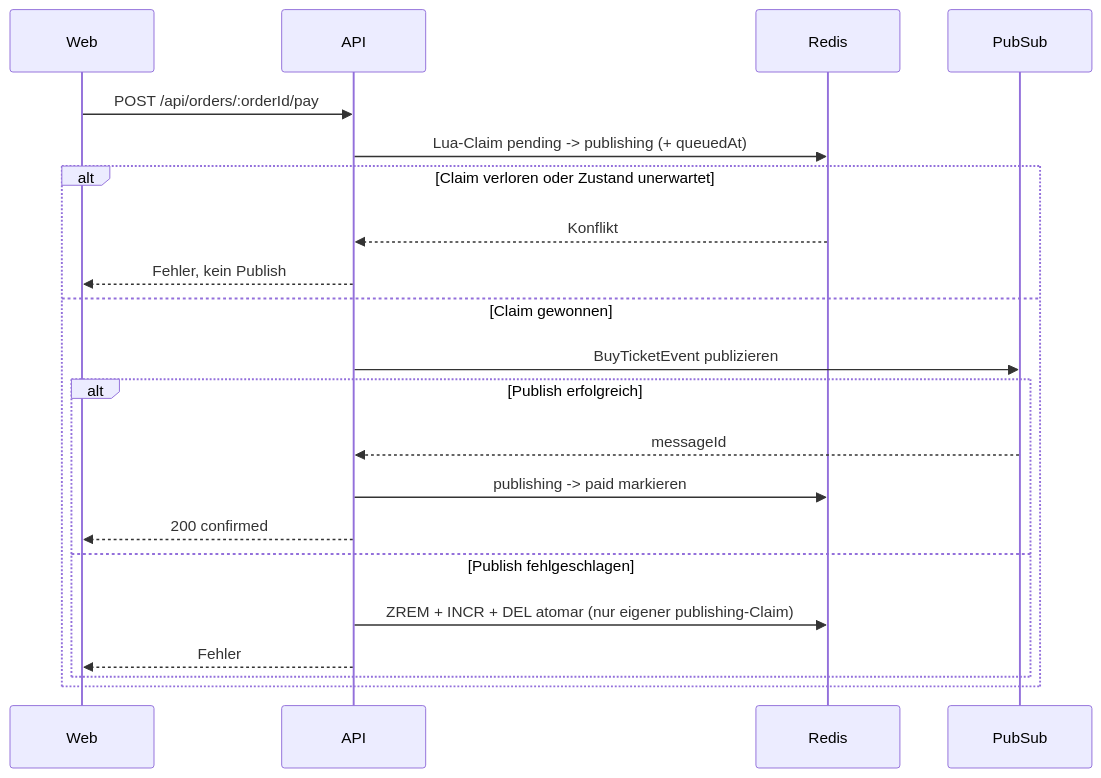
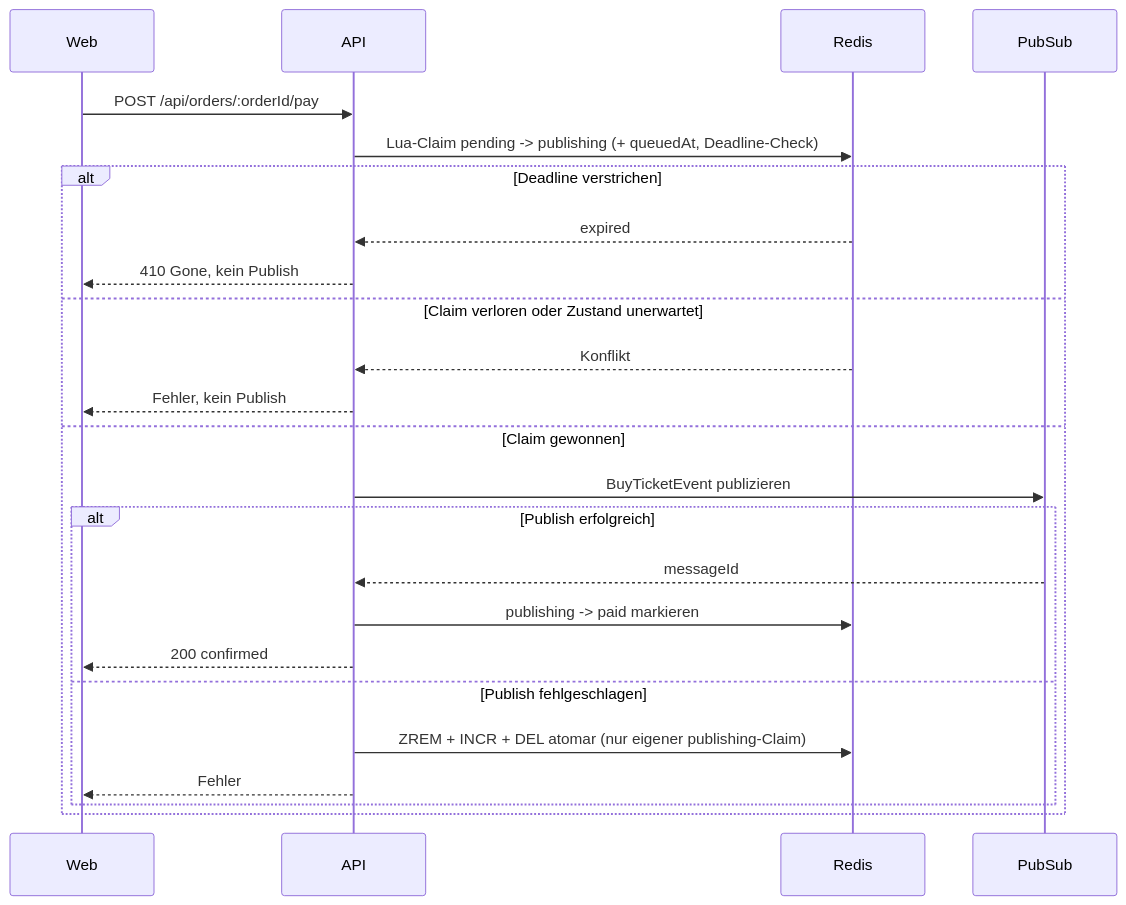
The fourth of 5 diagrams in docs/ARCHITECTURE.md (schuler-ph/high-frequency-ticket-system), drawn with Mermaid before and after one commit. The commit also changed other lines of this file and 20 other files, not shown here.

````diff
--- a/docs/ARCHITECTURE.md
+++ b/docs/ARCHITECTURE.md
@@ -146,24 +146,27 @@
 ```mermaid
 sequenceDiagram
     participant Web
     participant API
     participant Redis
     participant PubSub
 
     Web->>API: POST /api/orders/:orderId/pay
-    API->>Redis: Lua-Claim pending -> publishing (+ queuedAt)
-    alt Claim verloren oder Zustand unerwartet
+    API->>Redis: Lua-Claim pending -> publishing (+ queuedAt, Deadline-Check)
+    alt Deadline verstrichen
+        Redis-->>API: expired
+        API-->>Web: 410 Gone, kein Publish
+    else Claim verloren oder Zustand unerwartet
         Redis-->>API: Konflikt
         API-->>Web: Fehler, kein Publish
     else Claim gewonnen
         API->>PubSub: BuyTicketEvent publizieren
         alt Publish erfolgreich
             PubSub-->>API: messageId
             API->>Redis: publishing -> paid markieren
             API-->>Web: 200 confirmed
         else Publish fehlgeschlagen
             API->>Redis: ZREM + INCR + DEL atomar (nur eigener publishing-Claim)
             API-->>Web: Fehler
         end
     end
 ```
````
